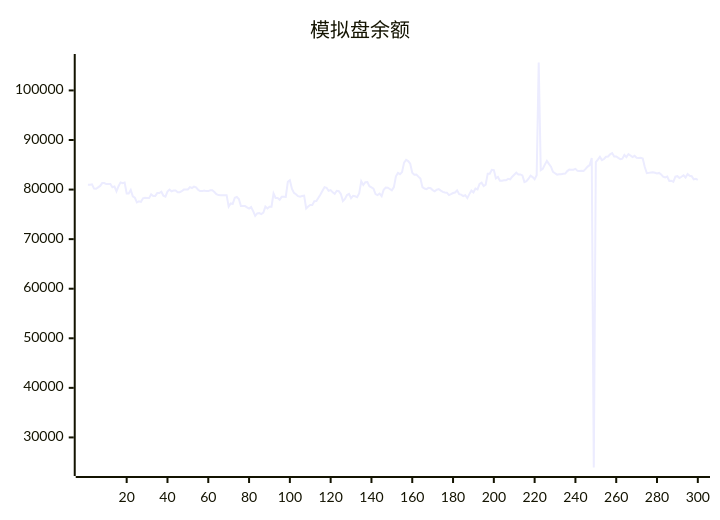
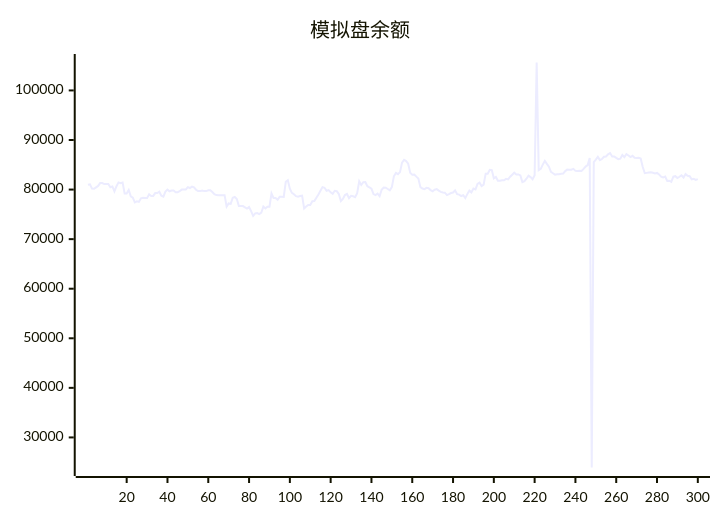
The diagram in README.md (aahl/ai-trading), drawn with Mermaid before and after one commit. The commit also changed other lines of this file and 1 other file, not shown here.

````diff
--- a/README.md
+++ b/README.md
@@ -5,5 +5,5 @@
 ```mermaid
 xychart
     title "模拟盘余额"
-    line [80989,80989,81067,80191,80155,80450,80737,81309,81309,81106,81119,81119,80471,80631,79624,80670,81448,81290,81429,79212,79222,79940,78643,78380,77432,77623,77504,78235,78358,78284,78277,79048,78714,78714,79290,79308,79567,78763,78563,79603,79988,79652,79813,79813,79476,79469,79673,79995,80015,80015,80486,80314,80600,80436,79966,79689,79689,79819,79692,79692,79850,79850,79518,79071,78889,78850,78850,78878,78878,76554,77202,77103,78357,78510,78106,76678,76677,76672,76411,76159,76485,75656,74695,75197,75246,75052,75334,76564,76179,76553,76551,79196,78300,78300,77944,78531,78531,78521,81564,81884,80160,79335,79055,78675,78580,78708,78764,76179,76586,76902,76876,77658,77669,78346,79023,79769,80497,80366,79761,79896,79448,79126,79749,79658,79097,77695,78114,78888,79126,78249,78738,78653,78478,79271,81680,80923,81488,81527,80681,80455,80190,79084,78879,79193,78686,79954,80403,80374,80118,79848,80491,82665,83351,83098,83525,85430,85983,85737,85221,83378,83014,83043,82613,82216,80477,80208,80081,80348,80277,79894,79670,79965,80093,79786,79542,79406,79371,78893,79087,79304,79406,79841,79072,78978,78696,78846,78272,79085,79787,79442,80198,80031,81120,81379,80718,80985,83214,83212,83993,83921,82270,82547,81776,81776,81866,81866,82158,82061,82596,83000,83408,83041,83050,82858,81503,81691,82188,82812,82517,82092,82901,105633,83898,84180,85030,85781,85178,84604,83569,83298,83008,83093,83107,83175,83228,83729,84025,84017,84019,84177,83775,83762,83785,83738,84160,84639,84939,86370,23934,85548,86046,86599,85942,86161,86622,86664,87115,87369,86666,86685,86384,86152,86243,86969,86548,87164,86885,86566,86809,86427,86348,86417,86273,84538,83299,83369,83430,83490,83404,83270,83362,83056,82605,82459,82614,81734,81788,81551,82598,82702,82320,82580,82878,82426,83139,82778,82686,82056,82166,81963]
+    line [80989,81067,80191,80155,80450,80737,81309,81309,81106,81119,81119,80471,80631,79624,80670,81448,81290,81429,79212,79222,79940,78643,78380,77432,77623,77504,78235,78358,78284,78277,79048,78714,78714,79290,79308,79567,78763,78563,79603,79988,79652,79813,79813,79476,79469,79673,79995,80015,80015,80486,80314,80600,80436,79966,79689,79689,79819,79692,79692,79850,79850,79518,79071,78889,78850,78850,78878,78878,76554,77202,77103,78357,78510,78106,76678,76677,76672,76411,76159,76485,75656,74695,75197,75246,75052,75334,76564,76179,76553,76551,79196,78300,78300,77944,78531,78531,78521,81564,81884,80160,79335,79055,78675,78580,78708,78764,76179,76586,76902,76876,77658,77669,78346,79023,79769,80497,80366,79761,79896,79448,79126,79749,79658,79097,77695,78114,78888,79126,78249,78738,78653,78478,79271,81680,80923,81488,81527,80681,80455,80190,79084,78879,79193,78686,79954,80403,80374,80118,79848,80491,82665,83351,83098,83525,85430,85983,85737,85221,83378,83014,83043,82613,82216,80477,80208,80081,80348,80277,79894,79670,79965,80093,79786,79542,79406,79371,78893,79087,79304,79406,79841,79072,78978,78696,78846,78272,79085,79787,79442,80198,80031,81120,81379,80718,80985,83214,83212,83993,83921,82270,82547,81776,81776,81866,81866,82158,82061,82596,83000,83408,83041,83050,82858,81503,81691,82188,82812,82517,82092,82901,105633,83898,84180,85030,85781,85178,84604,83569,83298,83008,83093,83107,83175,83228,83729,84025,84017,84019,84177,83775,83762,83785,83738,84160,84639,84939,86370,23934,85548,86046,86599,85942,86161,86622,86664,87115,87369,86666,86685,86384,86152,86243,86969,86548,87164,86885,86566,86809,86427,86348,86417,86273,84538,83299,83369,83430,83490,83404,83270,83362,83056,82605,82459,82614,81734,81788,81551,82598,82702,82320,82580,82878,82426,83139,82778,82686,82056,82166,81963,82110]
 ```
````
